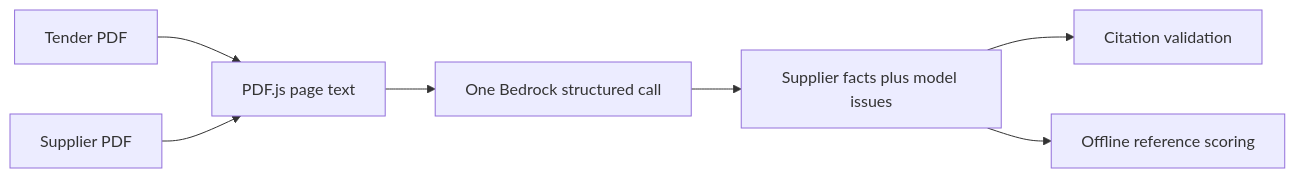
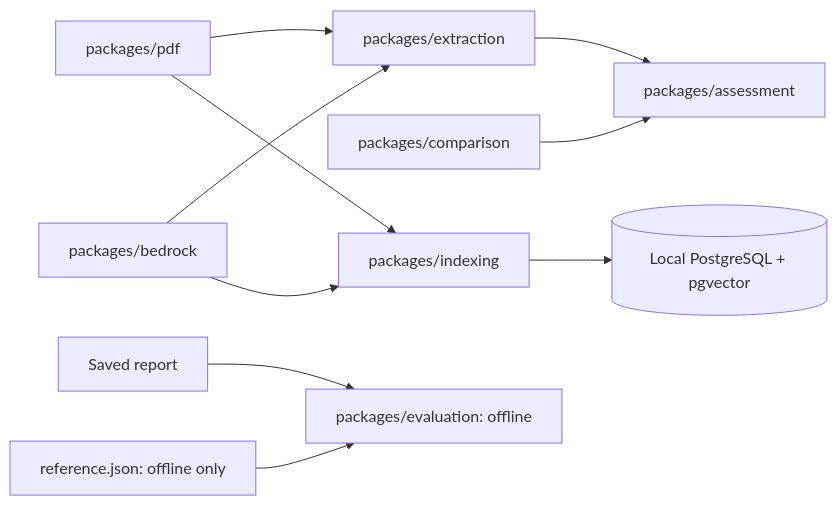
One commit to hujienan/tender-ai changed the first of 3 diagrams in docs/architecture.md. Above: the diagram before and after it, drawn with Mermaid. The commit also changed other lines of this file and 51 other files, not shown here.

First line of the commit message:
feat: establish clean assessment architecture and document indexing

````diff
--- a/docs/architecture.md
+++ b/docs/architecture.md
@@ -13,9 +5,12 @@
 ```mermaid
 flowchart LR
-  T[Tender PDF] --> P[PDF.js page text]
-  S[Supplier PDF] --> P
-  P --> B[One Bedrock structured call]
-  B --> X[Supplier facts plus model issues]
-  X --> V[Citation validation]
-  X --> E[Offline reference scoring]
+  PDF[packages/pdf] --> EXT[packages/extraction]
+  BED[packages/bedrock] --> EXT
+  EXT --> ASM[packages/assessment]
+  CMP[packages/comparison] --> ASM
+  PDF --> IDX[packages/indexing]
+  BED --> IDX
+  IDX --> PG[(Local PostgreSQL + pgvector)]
+  REPORT[Saved report] --> EVAL[packages/evaluation: offline]
+  REF[reference.json: offline only] --> EVAL
 ```
````
